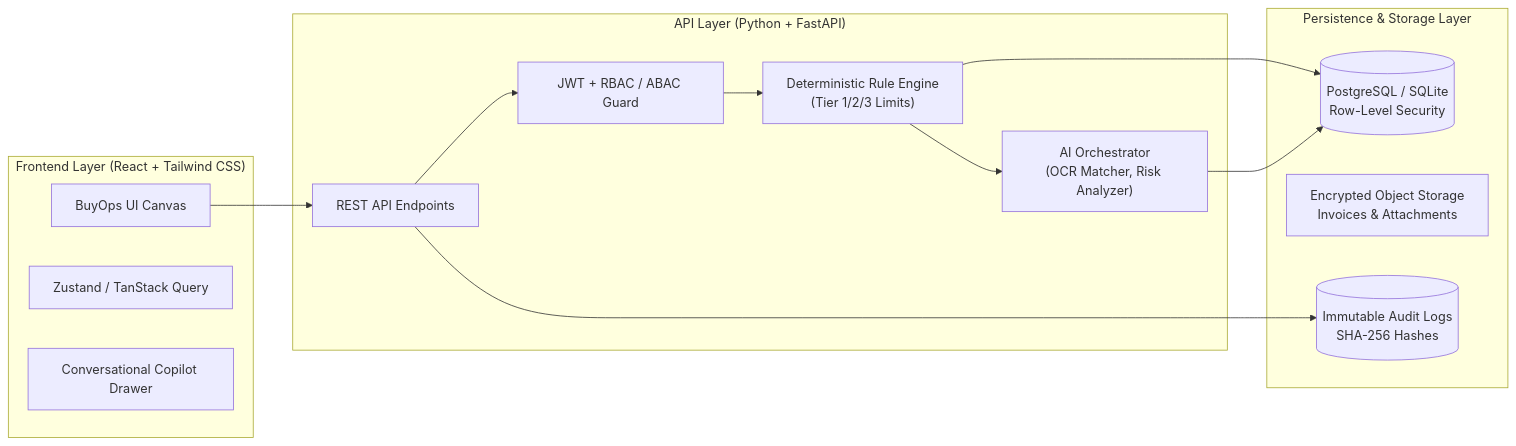
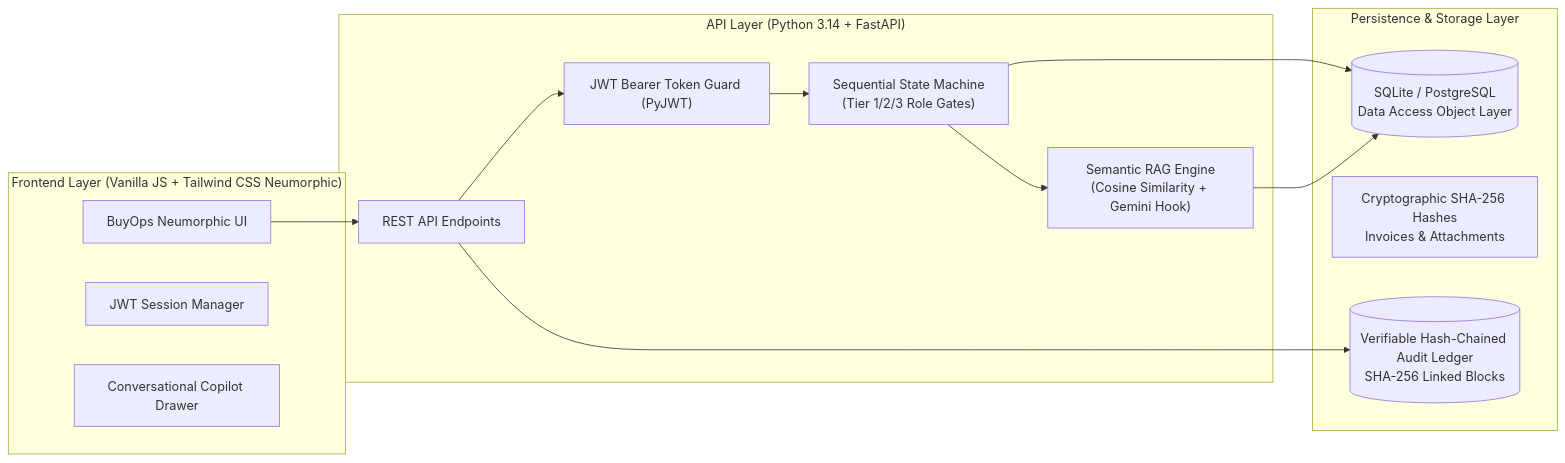
Before and after one commit to AyushBajaj7/s3k: the second of 2 diagrams in ASSESSMENT_DOCUMENT.md, drawn with Mermaid. The commit also changed other lines of this file and 11 other files, not shown here.

Commit message:
feat: real JWT auth, sequential stage authorization, live API connection, verifiable hash chain, and documentation synchronization

````diff
--- a/ASSESSMENT_DOCUMENT.md
+++ b/ASSESSMENT_DOCUMENT.md
@@ -218,29 +218,29 @@
 ```mermaid
 graph LR
-    subgraph Frontend["Frontend Layer (React + Tailwind CSS)"]
-        UI["BuyOps UI Canvas"]
-        State["Zustand / TanStack Query"]
+    subgraph Frontend["Frontend Layer (Vanilla JS + Tailwind CSS Neumorphic)"]
+        UI["BuyOps Neumorphic UI"]
+        JWTClient["JWT Session Manager"]
         CopilotUI["Conversational Copilot Drawer"]
     end
 
-    subgraph Backend["API Layer (Python + FastAPI)"]
+    subgraph Backend["API Layer (Python 3.14 + FastAPI)"]
         Router["REST API Endpoints"]
-        AuthMiddleware["JWT + RBAC / ABAC Guard"]
-        PolicyEngine["Deterministic Rule Engine\n(Tier 1/2/3 Limits)"]
-        AILayer["AI Orchestrator\n(OCR Matcher, Risk Analyzer)"]
+        AuthMiddleware["JWT Bearer Token Guard (PyJWT)"]
+        SequentialEngine["Sequential State Machine\n(Tier 1/2/3 Role Gates)"]
+        AILayer["Semantic RAG Engine\n(Cosine Similarity + Gemini Hook)"]
     end
 
     subgraph DataLayer["Persistence & Storage Layer"]
-        DB[(PostgreSQL / SQLite\nRow-Level Security)]
-        S3[Encrypted Object Storage\nInvoices & Attachments]
-        AuditTable[(Immutable Audit Logs\nSHA-256 Hashes)]
+        DB[(SQLite / PostgreSQL\nData Access Object Layer)]
+        DocStore["Cryptographic SHA-256 Hashes\nInvoices & Attachments"]
+        AuditTable[(Verifiable Hash-Chained Audit Ledger\nSHA-256 Linked Blocks)]
     end
 
     UI --> Router
     Router --> AuthMiddleware
-    AuthMiddleware --> PolicyEngine
-    PolicyEngine --> AILayer
-    PolicyEngine --> DB
+    AuthMiddleware --> SequentialEngine
+    SequentialEngine --> AILayer
+    SequentialEngine --> DB
     AILayer --> DB
     Router --> AuditTable
 ```
````
